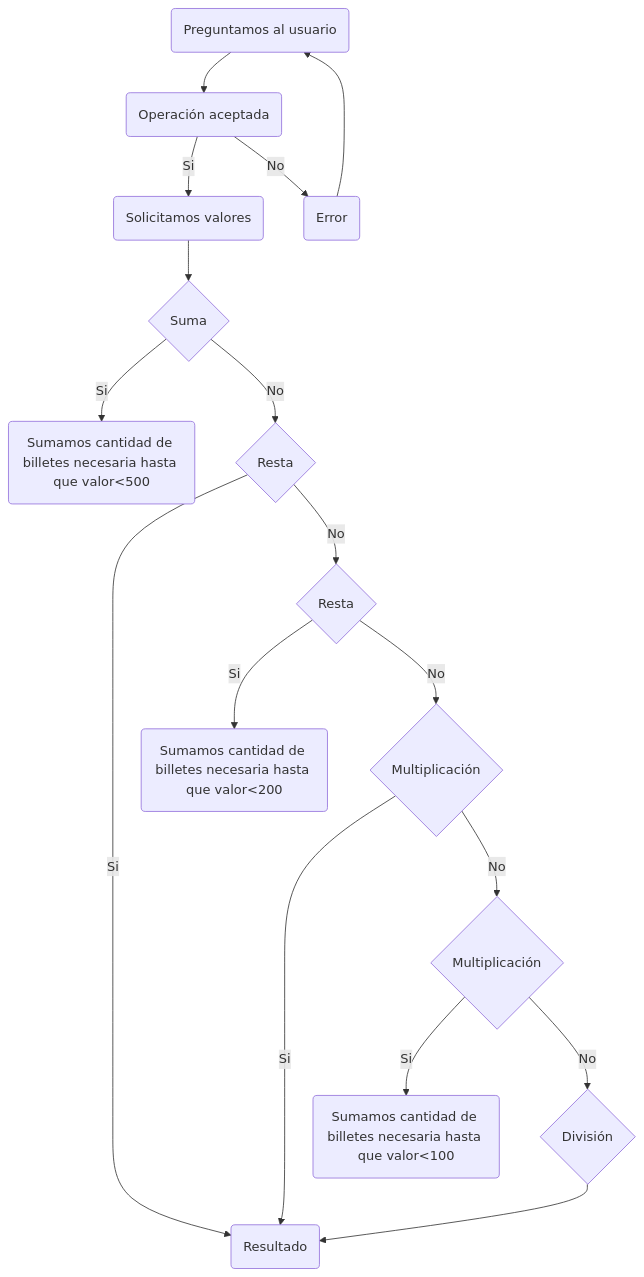
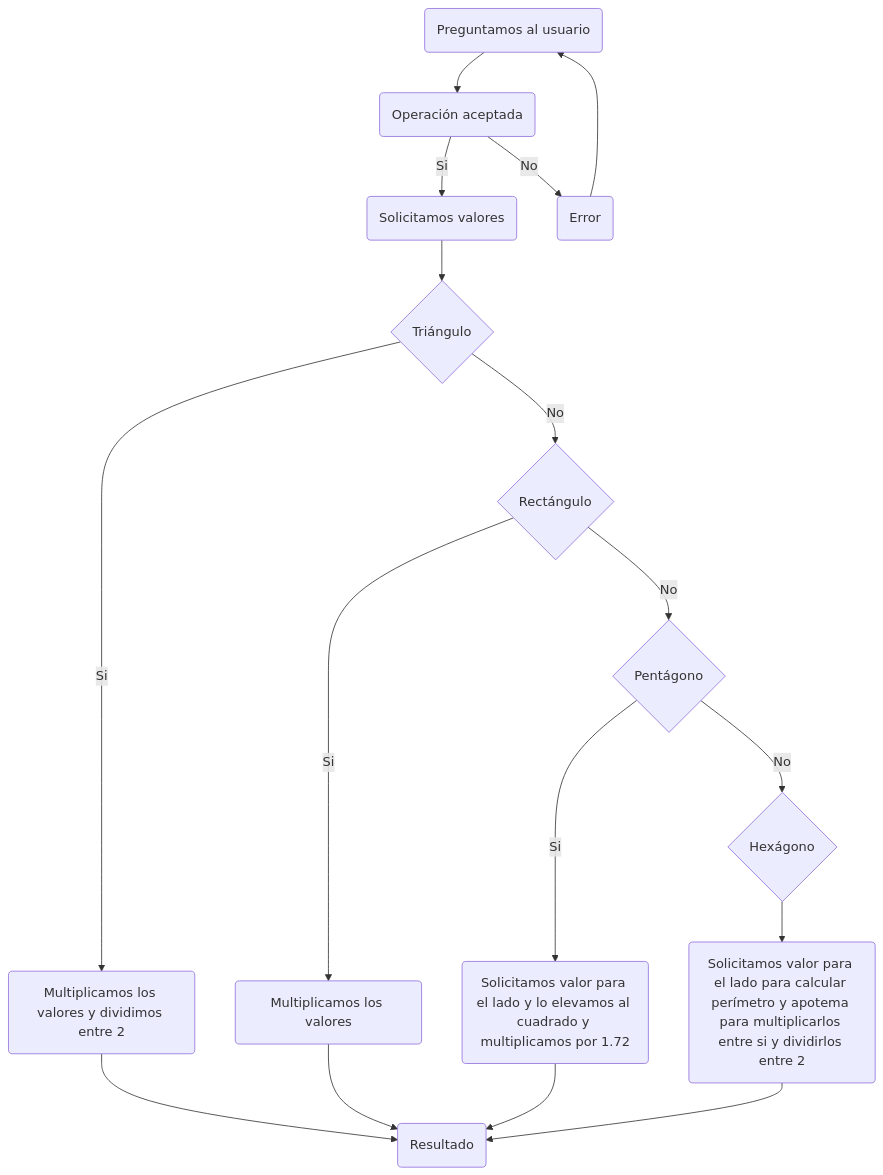
The third of 4 diagrams in README.md (PachecoASIR/Diagramas), drawn with Mermaid before and after one commit. The commit also changed other lines of this file, not shown here.

````diff
--- a/README.md
+++ b/README.md
@@ -61,19 +61,19 @@
 ```mermaid
 graph TD
     A(Preguntamos al usuario) -->B(Operación aceptada)
     B -->|Si| C(Solicitamos valores)
     B -->|No| D(Error)
     D --> A
-    C --> E{Suma}
-    E -->|Si| F(Sumamos cantidad de billetes necesaria hasta que valor<500)
-    E -->|No| G{Resta}
-    G -->|Si| Z(Resultado)
-    G -->|No| H{Resta}
-    H -->|Si| I(Sumamos cantidad de billetes necesaria hasta que valor<200)
-    H -->|No| J{Multiplicación}
-    J -->|Si| Z(Resultado)
-    J -->|No| K{Multiplicación}
-    K -->|Si| L(Sumamos cantidad de billetes necesaria hasta que valor<100)
-    K -->|No| M{División}
-    M --> Z(Resultado)
+    C --> E{Triángulo}
+    E -->|Si| F(Multiplicamos los valores y dividimos entre 2)
+    F --> Z
+    E -->|No| G{Rectángulo}
+    G -->|Si| H(Multiplicamos los valores)
+    H --> Z
+    G -->|No| J{Pentágono}
+    J -->|Si| I(Solicitamos valor para el lado y lo elevamos al cuadrado y multiplicamos por 1.72)
+    I --> Z
+    J -->|No| K{Hexágono}
+    K --> L(Solicitamos valor para el lado para calcular perímetro y apotema para multiplicarlos entre si y dividirlos entre 2)
+    L --> Z(Resultado)
 ```
````
